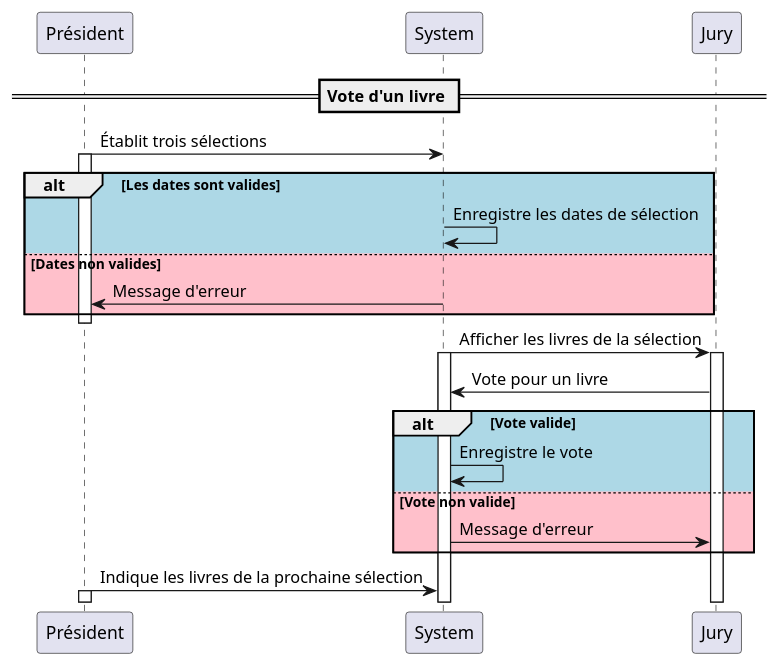
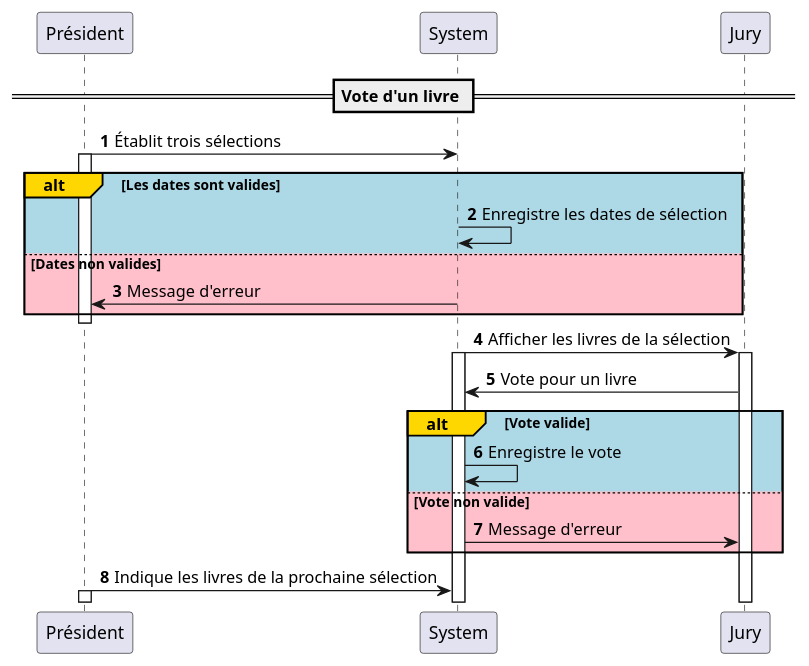
One commit to KMorere/eval-python-goncourt changed the diagram in doc/uml/Vote_sequence.plantuml. Above: the diagram before and after it, drawn with PlantUML. The commit also changed 5 other files, not shown here.

Commit message:
Added select winner sequence diagram, updated other diagrams and added initial version of sql database.

```diff
--- a/doc/uml/Vote_sequence.plantuml
+++ b/doc/uml/Vote_sequence.plantuml
@@ -1,29 +1,31 @@
 @startuml
 
 == Vote d'un livre ==
 
+autonumber
+
 Président -> System : Établit trois sélections
 Activate Président
-alt #lightblue Les dates sont valides
+alt#gold #lightblue Les dates sont valides
     System -> System : Enregistre les dates de sélection
 else #pink Dates non valides
     System -> Président : Message d'erreur
 end alt
 
 Deactivate Président
 
 System -> Jury : Afficher les livres de la sélection
 Activate System
 Activate Jury
 
 Jury -> System : Vote pour un livre
-alt #lightblue Vote valide
+alt#gold #lightblue Vote valide
     System -> System : Enregistre le vote
 else #pink Vote non valide
     System -> Jury : Message d'erreur
 end alt
 
 Président -> System : Indique les livres de la prochaine sélection
 Activate Président
 
 @enduml
```
